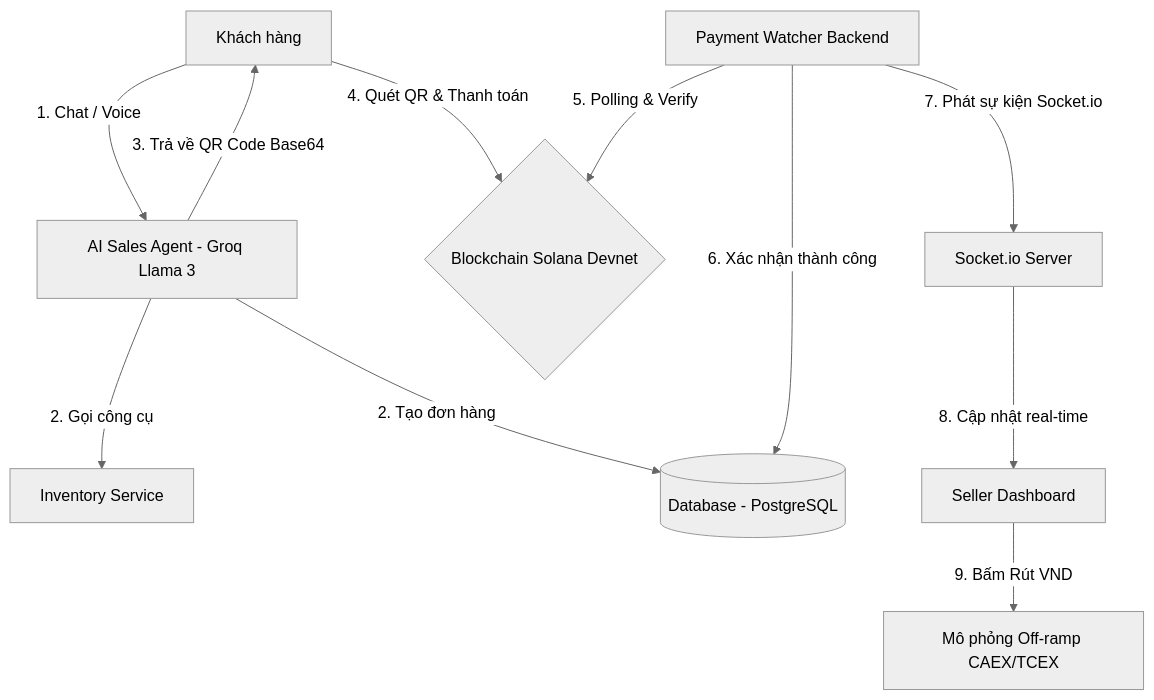
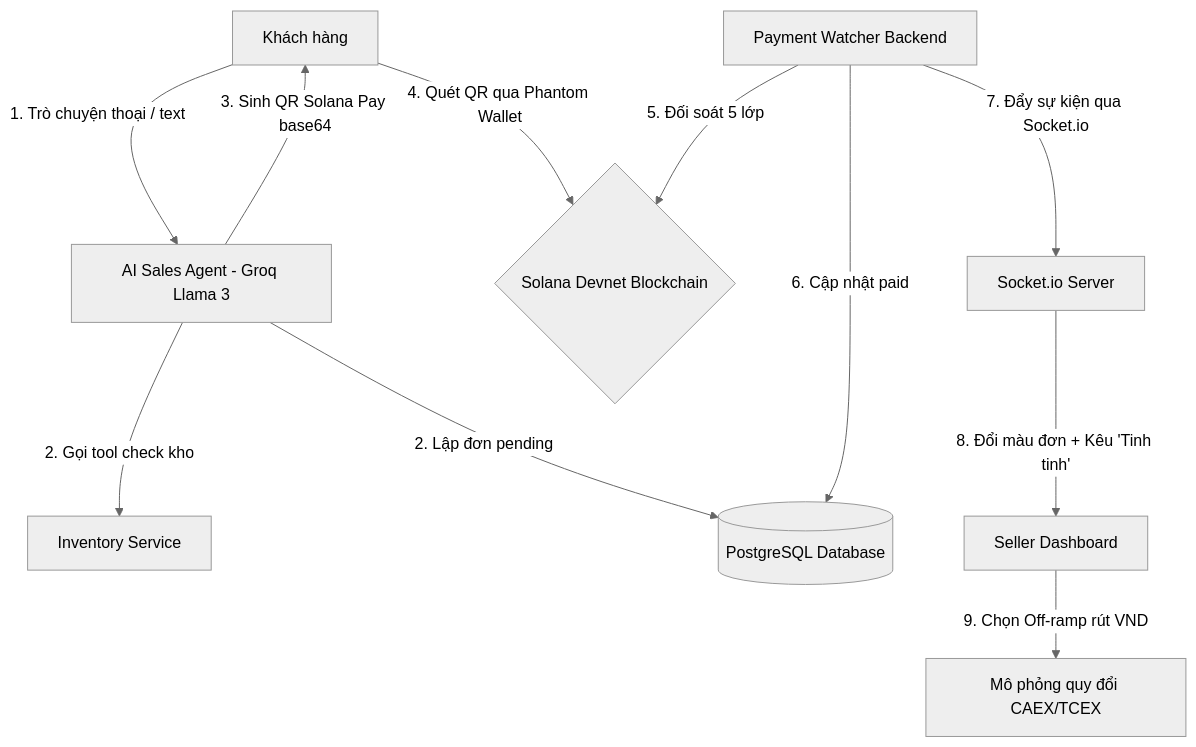
The diagram in README.md (nhuquynhdayyy/ShopTalk), drawn with Mermaid (neutral theme) before and after one commit. The commit also changed other lines of this file and 1 other file, not shown here.

````diff
--- a/README.md
+++ b/README.md
@@ -47,15 +73,15 @@
 ```mermaid
 graph TD
-    User[Khách hàng] -->|1. Chat / Voice| AI[AI Sales Agent - Groq Llama 3]
-    AI -->|2. Gọi công cụ| Inventory[Inventory Service]
-    AI -->|2. Tạo đơn hàng| DB[(Database - PostgreSQL)]
-    AI -->|3. Trả về QR Code Base64| User
-    User -->|4. Quét QR & Thanh toán| Solana{Blockchain Solana Devnet}
+    User[Khách hàng] -->|1. Trò chuyện thoại / text| AI[AI Sales Agent - Groq Llama 3]
+    AI -->|2. Gọi tool check kho| Inventory[Inventory Service]
+    AI -->|2. Lập đơn pending| DB[(PostgreSQL Database)]
+    AI -->|3. Sinh QR Solana Pay base64| User
+    User -->|4. Quét QR qua Phantom Wallet| Solana{Solana Devnet Blockchain}
     
-    Watcher[Payment Watcher Backend] -->|5. Polling & Verify| Solana
-    Watcher -->|6. Xác nhận thành công| DB
-    Watcher -->|7. Phát sự kiện Socket.io| Socket[Socket.io Server]
+    Watcher[Payment Watcher Backend] -->|5. Đối soát 5 lớp| Solana
+    Watcher -->|6. Cập nhật paid| DB
+    Watcher -->|7. Đẩy sự kiện qua Socket.io| Socket[Socket.io Server]
     
-    Socket -->|8. Cập nhật real-time| Dashboard[Seller Dashboard]
-    Dashboard -->|9. Bấm Rút VND| CAEX[Mô phỏng Off-ramp CAEX/TCEX]
+    Socket -->|8. Đổi màu đơn + Kêu 'Tinh tinh'| Dashboard[Seller Dashboard]
+    Dashboard -->|9. Chọn Off-ramp rút VND| CAEX[Mô phỏng quy đổi CAEX/TCEX]
 ```
````
